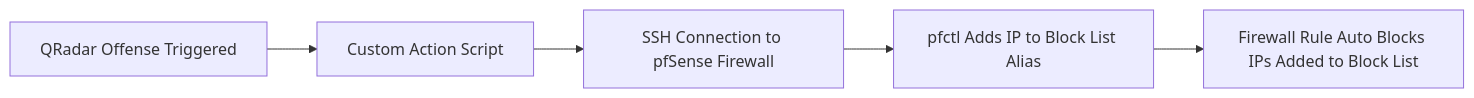
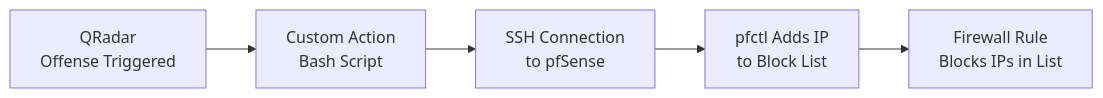
One commit to TaoTechTips/QRadar-siem-firewall-response changed the diagram in README.md. Above: the diagram before and after it, drawn with Mermaid.

````diff
--- a/README.md
+++ b/README.md
@@ -19,7 +19,7 @@
 ```mermaid
 flowchart LR
-    A[QRadar Offense Triggered] --> B[Custom Action Script]
-    B --> C[SSH Connection to pfSense Firewall]
-    C --> D[pfctl Adds IP to Block List Alias]
-    D --> E[Firewall Rule Auto Blocks IPs Added to Block List]
-```
+    A[QRadar<br/>Offense Triggered] --> B[Custom Action<br/>Bash Script]
+    B --> C[SSH Connection<br/>to pfSense]
+    C --> D[pfctl Adds IP<br/>to Block List]
+    D --> E[Firewall Rule<br/>Blocks IPs in List]
+```    
````
